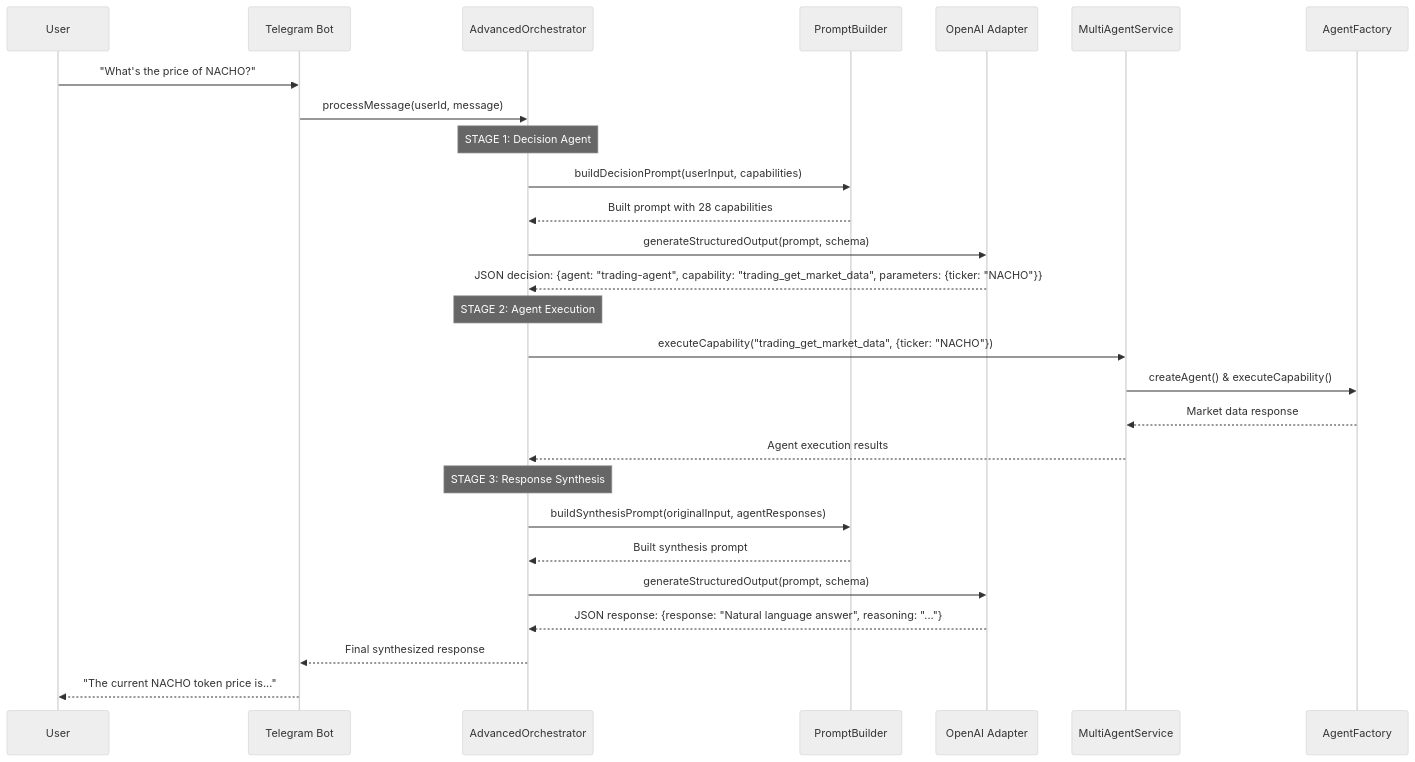
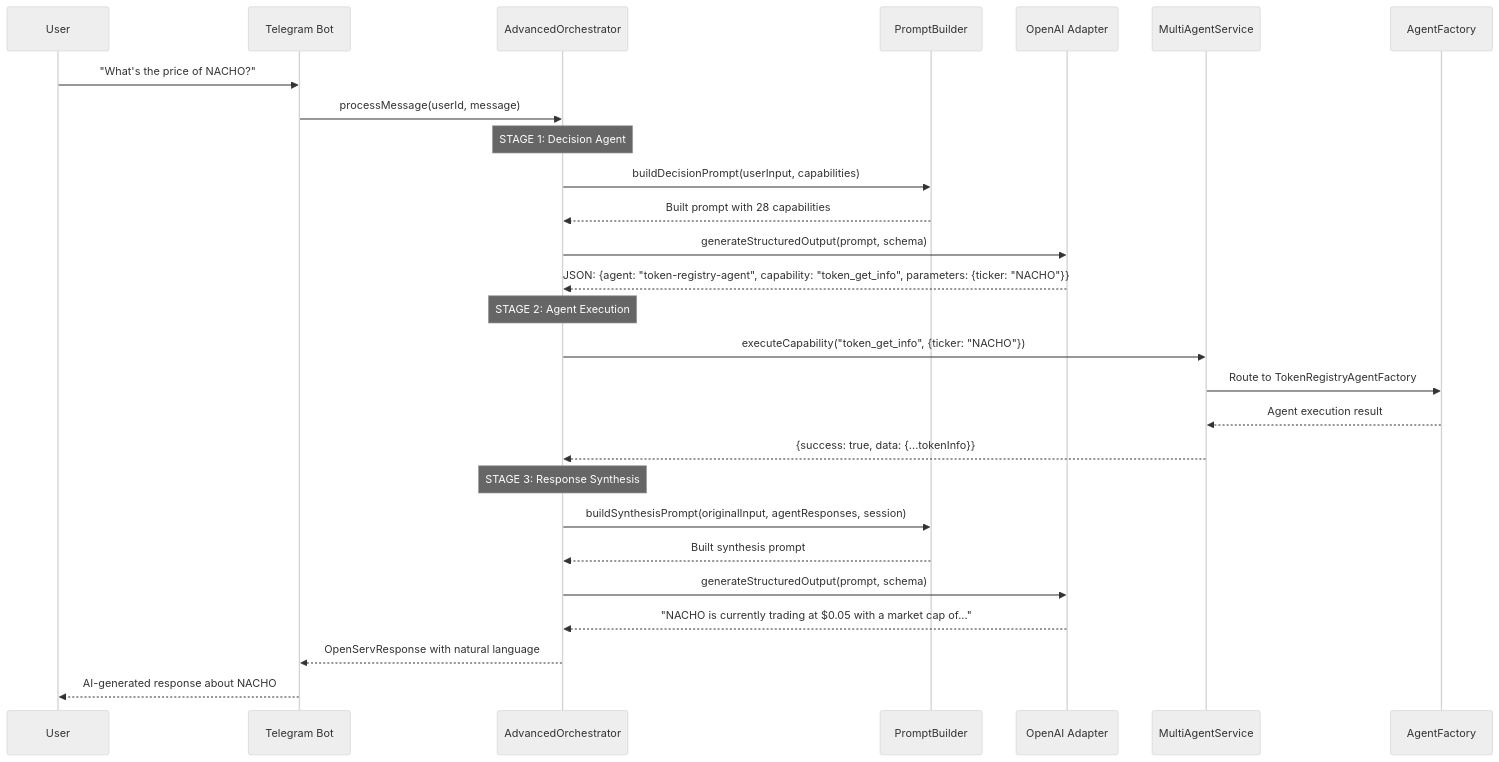
One commit to KASPACOM/ai-agent changed the second of 2 diagrams in README.md. Above: the diagram before and after it, drawn with Mermaid (neutral theme). The commit also changed other lines of this file and 28 other files, not shown here.

````diff
--- a/README.md
+++ b/README.md
@@ -181,34 +198,34 @@
 ```mermaid
 sequenceDiagram
     participant User
     participant TG as Telegram Bot
     participant ORCH as AdvancedOrchestrator
     participant PROMPT as PromptBuilder
     participant LLM as OpenAI Adapter
     participant MULTI as MultiAgentService
     participant FACTORY as AgentFactory
     
     User->>TG: "What's the price of NACHO?"
     TG->>ORCH: processMessage(userId, message)
     
     Note over ORCH: STAGE 1: Decision Agent
     ORCH->>PROMPT: buildDecisionPrompt(userInput, capabilities)
     PROMPT-->>ORCH: Built prompt with 28 capabilities
     ORCH->>LLM: generateStructuredOutput(prompt, schema)
-    LLM-->>ORCH: JSON decision: {agent: "trading-agent", capability: "trading_get_market_data", parameters: {ticker: "NACHO"}}
+    LLM-->>ORCH: JSON: {agent: "token-registry-agent", capability: "token_get_info", parameters: {ticker: "NACHO"}}
     
     Note over ORCH: STAGE 2: Agent Execution
-    ORCH->>MULTI: executeCapability("trading_get_market_data", {ticker: "NACHO"})
-    MULTI->>FACTORY: createAgent() & executeCapability()
-    FACTORY-->>MULTI: Market data response
-    MULTI-->>ORCH: Agent execution results
+    ORCH->>MULTI: executeCapability("token_get_info", {ticker: "NACHO"})
+    MULTI->>FACTORY: Route to TokenRegistryAgentFactory
+    FACTORY-->>MULTI: Agent execution result
+    MULTI-->>ORCH: {success: true, data: {...tokenInfo}}
     
     Note over ORCH: STAGE 3: Response Synthesis
-    ORCH->>PROMPT: buildSynthesisPrompt(originalInput, agentResponses)
+    ORCH->>PROMPT: buildSynthesisPrompt(originalInput, agentResponses, session)
     PROMPT-->>ORCH: Built synthesis prompt
     ORCH->>LLM: generateStructuredOutput(prompt, schema)
-    LLM-->>ORCH: JSON response: {response: "Natural language answer", reasoning: "..."}
+    LLM-->>ORCH: "NACHO is currently trading at $0.05 with a market cap of..."
     
-    ORCH-->>TG: Final synthesized response
-    TG-->>User: "The current NACHO token price is..."
+    ORCH-->>TG: OpenServResponse with natural language
+    TG-->>User: AI-generated response about NACHO
 ```
````
